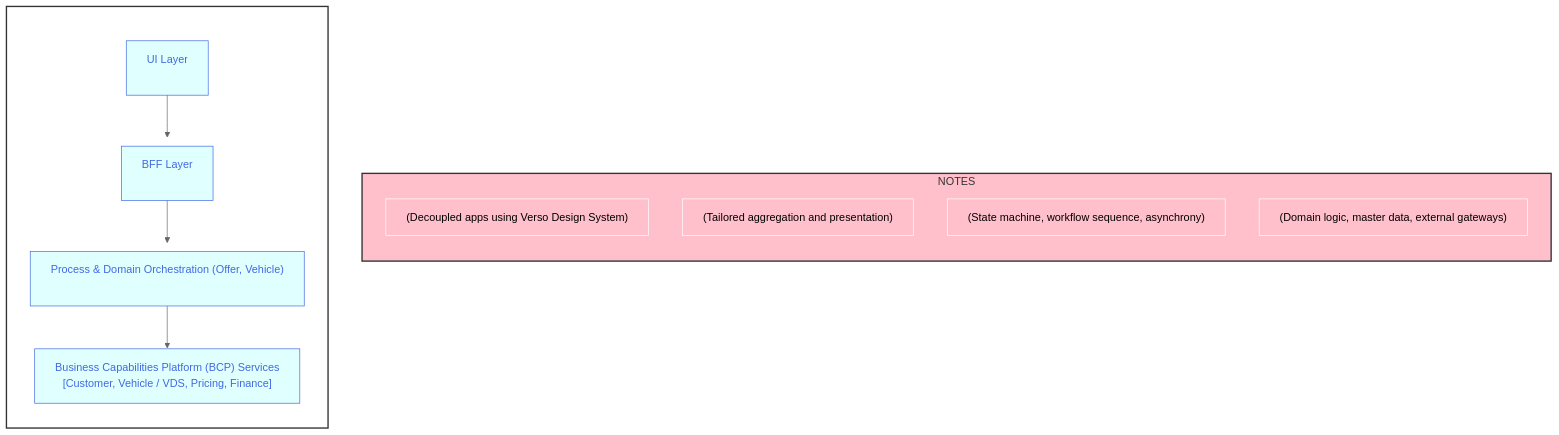
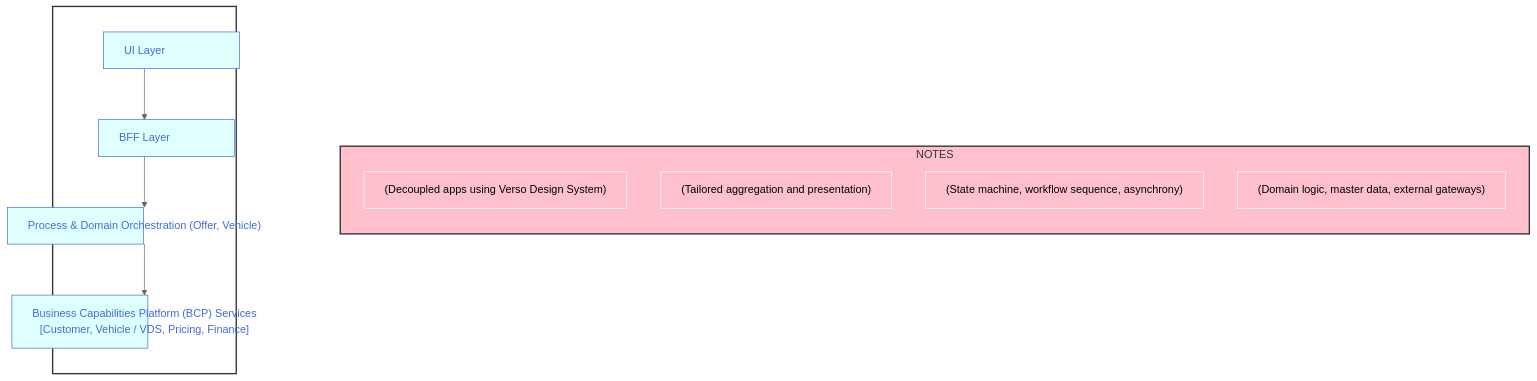
Before and after one commit to joe-dorward/samples: the diagram in buttons_mermaid_v3.md, drawn with Mermaid (neutral theme).

````diff
--- a/buttons_mermaid_v3.md
+++ b/buttons_mermaid_v3.md
@@ -3,49 +3,49 @@
 ```mermaid
   %%{
     init: {"flowchart": { "markdownAutoWrap":"false", "textWrap":"false", "wrappingWidth": "100%" }
     }
   }%%
   flowchart LR
 
-  classDef Button fill:lightcyan, stroke:royalblue, color:royalblue, height:80px;
+  classDef Button fill:lightcyan, stroke:royalblue, color:royalblue, width:200px;
   classDef Note fill:transparent, stroke:white, text-align:left;
   %% ---------- ---------- ---------- ---------- ---------- ---------- ---------- ---------- ---------- ----------
   subgraph BUTTONS
     direction TD
 
     BUTTON_01["UI Layer"]:::Button
     click BUTTON_01 "https://en.wikipedia.org/wiki/Main_Page" _blank
 
     BUTTON_02["BFF Layer"]:::Button
     click BUTTON_02 "https://en.wikipedia.org/wiki/Main_Page" _blank
 
     BUTTON_03["Process & Domain Orchestration (Offer, Vehicle)"]:::Button
     click BUTTON_03 "https://en.wikipedia.org/wiki/Main_Page" _blank
 
     BUTTON_04["Business Capabilities Platform (BCP) Services<br/>[Customer, Vehicle / VDS, Pricing, Finance]"]:::Button
     click BUTTON_04 "https://en.wikipedia.org/wiki/Main_Page" _blank
   end
 
   %% ---------- ---------- ---------- ---------- ---------- ---------- ---------- ---------- ---------- ----------
   subgraph NOTES
     direction TD
     BUTTON_01_NOTE["(Decoupled apps using Verso Design System)"]:::Note
     BUTTON_02_NOTE["(Tailored aggregation and presentation)"]:::Note
     BUTTON_03_NOTE["(State machine, workflow sequence, asynchrony)"]:::Note
     BUTTON_04_NOTE["(Domain logic, master data, external gateways)"]:::Note
   end
   %% ---------- ---------- ---------- ---------- ---------- ---------- ---------- ---------- ---------- ----------
   %% invisibly connect BUTTONS (sub-graph) to NOTES (sub-graph)
   BUTTONS~~~
   NOTES
   %% ---------- ---------- ---------- ---------- ---------- ---------- ---------- ---------- ---------- ----------
   %% connect buttons
   BUTTON_01-->
   BUTTON_02-->
   BUTTON_03-->
   BUTTON_04
   %% ---------- ---------- ---------- ---------- ---------- ---------- ---------- ---------- ---------- ----------
   style BUTTONS fill:transparent,color:white,stroke:#333,stroke-width:2px
   style NOTES fill:pink,stroke:#333,stroke-width:2px
 
 ```
````
